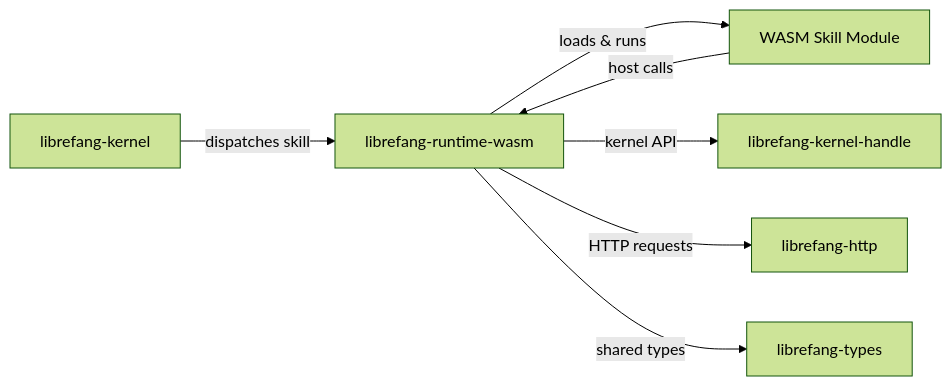
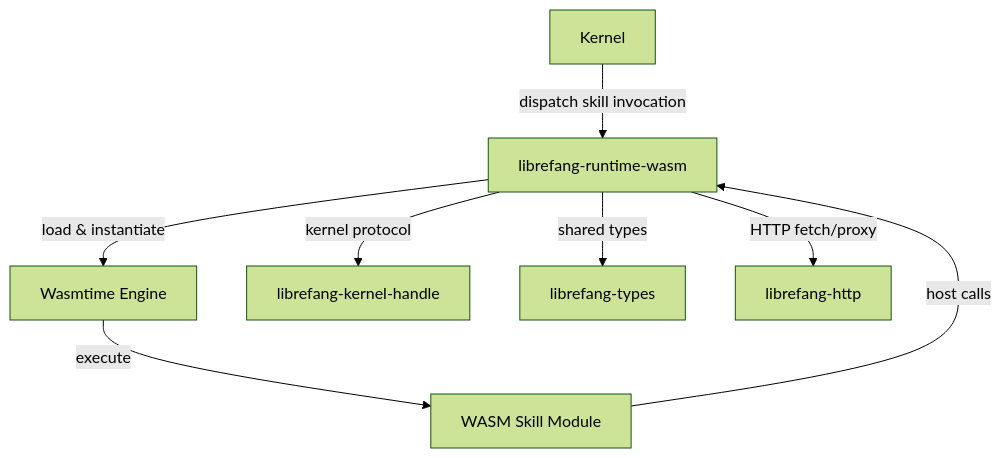
Before and after one commit to leszek3737/librefang-WIki: the diagram in other-librefang-runtime-wasm.md, drawn with Mermaid (forest theme). The commit also changed other lines of this file and 120 other files, not shown here.

````diff
--- a/other-librefang-runtime-wasm.md
+++ b/other-librefang-runtime-wasm.md
@@ -17,9 +33,10 @@
 ```mermaid
-graph LR
-    A[librefang-kernel] -->|"dispatches skill"| B[librefang-runtime-wasm]
-    B -->|"loads & runs"| C[WASM Skill Module]
-    C -->|"host calls"| B
-    B -->|"kernel API"| D[librefang-kernel-handle]
-    B -->|"HTTP requests"| E[librefang-http]
-    B -->|"shared types"| F[librefang-types]
+graph TD
+    A[Kernel] -->|dispatch skill invocation| B[librefang-runtime-wasm]
+    B -->|load & instantiate| C[Wasmtime Engine]
+    C -->|execute| D[WASM Skill Module]
+    D -->|host calls| B
+    B -->|kernel protocol| E[librefang-kernel-handle]
+    B -->|shared types| F[librefang-types]
+    B -->|HTTP fetch/proxy| G[librefang-http]
 ```
````
